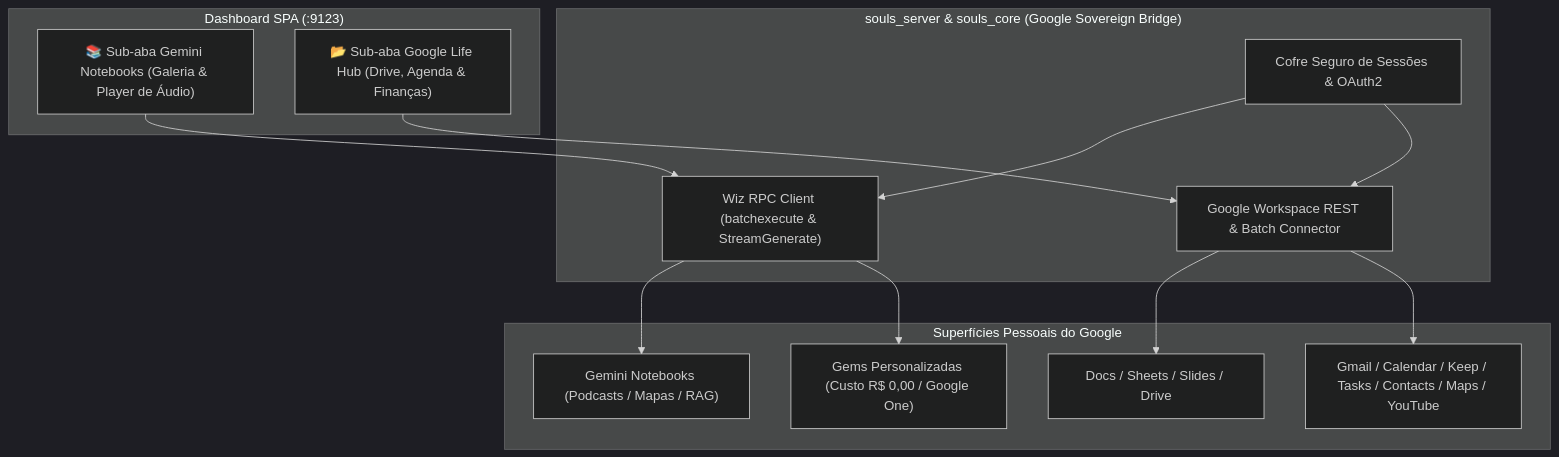
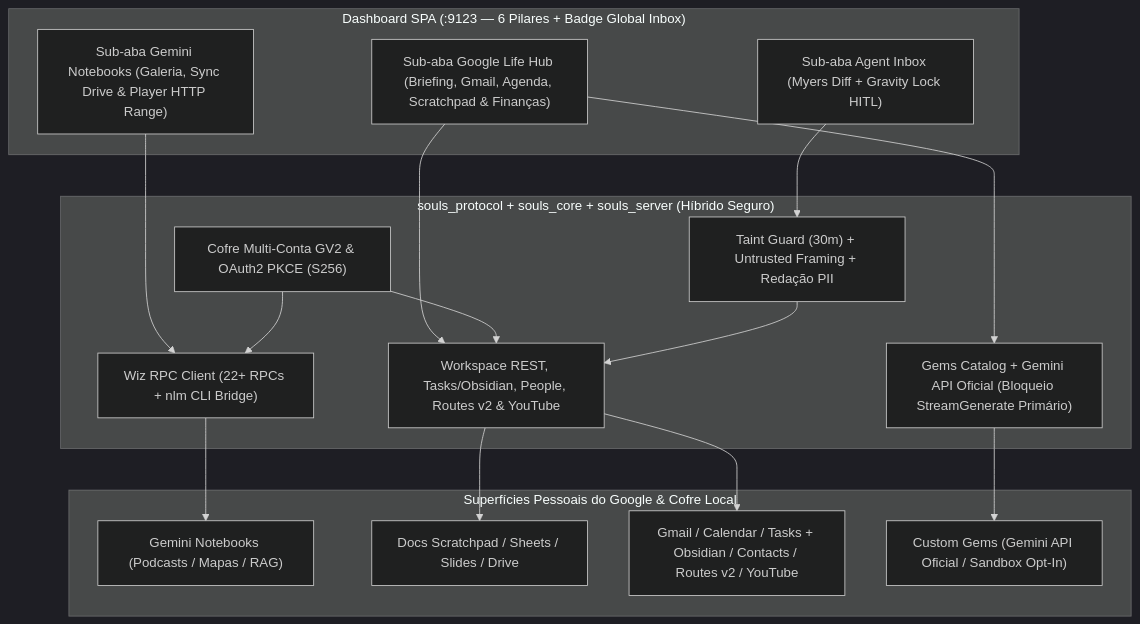
One commit to brunosrosa/souls_engine changed the second of 4 diagrams in docs/planning/roadmap/SOULS_ENGINE_ROADMAP_NEXT_DELIVERIES.md. Above: the diagram before and after it, drawn with Mermaid (dark theme). The commit also changed other lines of this file and 3 other files, not shown here.

Commit message:
docs(v0.9.2): add ADR-030, google-life-hub skill and update MCP contracts and roadmap

````diff
--- a/docs/planning/roadmap/SOULS_ENGINE_ROADMAP_NEXT_DELIVERIES.md
+++ b/docs/planning/roadmap/SOULS_ENGINE_ROADMAP_NEXT_DELIVERIES.md
@@ -402,29 +404,35 @@
 ```mermaid
 flowchart TD
-    subgraph DashboardSPA ["Dashboard SPA (:9123)"]
-        UI_Notebooks["📚 Sub-aba Gemini Notebooks (Galeria & Player de Áudio)"]
-        UI_Workspace["📂 Sub-aba Google Life Hub (Drive, Agenda & Finanças)"]
+    subgraph DashboardSPA ["Dashboard SPA (:9123 — 6 Pilares + Badge Global Inbox)"]
+        UI_Notebooks["Sub-aba Gemini Notebooks (Galeria, Sync Drive & Player HTTP Range)"]
+        UI_Workspace["Sub-aba Google Life Hub (Briefing, Gmail, Agenda, Scratchpad & Finanças)"]
+        UI_Inbox["Sub-aba Agent Inbox (Myers Diff + Gravity Lock HITL)"]
     end
 
-    subgraph SoulsGoogleEngine ["souls_server & souls_core (Google Sovereign Bridge)"]
-        Vault["Cofre Seguro de Sessões & OAuth2"]
-        WizClient["Wiz RPC Client (batchexecute & StreamGenerate)"]
-        WorkClient["Google Workspace REST & Batch Connector"]
+    subgraph SoulsGoogleEngine ["souls_protocol + souls_core + souls_server (Híbrido Seguro)"]
+        Vault["Cofre Multi-Conta GV2 & OAuth2 PKCE (S256)"]
+        BmadSec["Taint Guard (30m) + Untrusted Framing + Redação PII"]
+        WizClient["Wiz RPC Client (22+ RPCs + nlm CLI Bridge)"]
+        WorkClient["Workspace REST, Tasks/Obsidian, People, Routes v2 & YouTube"]
+        GemsClient["Gems Catalog + Gemini API Oficial (Bloqueio StreamGenerate Primário)"]
     end
 
-    subgraph GoogleServices ["Superfícies Pessoais do Google"]
+    subgraph GoogleServices ["Superfícies Pessoais do Google & Cofre Local"]
         G_NLM["Gemini Notebooks (Podcasts / Mapas / RAG)"]
-        G_Work["Docs / Sheets / Slides / Drive"]
-        G_Life["Gmail / Calendar / Keep / Tasks / Contacts / Maps / YouTube"]
-        G_Gems["Gems Personalizadas (Custo R$ 0,00 / Google One)"]
+        G_Work["Docs Scratchpad / Sheets / Slides / Drive"]
+        G_Life["Gmail / Calendar / Tasks + Obsidian / Contacts / Routes v2 / YouTube"]
+        G_Gems["Custom Gems (Gemini API Oficial / Sandbox Opt-In)"]
     end
 
     UI_Notebooks --> WizClient
     UI_Workspace --> WorkClient
+    UI_Workspace --> GemsClient
+    UI_Inbox --> BmadSec
     Vault --> WizClient
     Vault --> WorkClient
+    BmadSec --> WorkClient
     WizClient --> G_NLM
-    WizClient --> G_Gems
+    GemsClient --> G_Gems
     WorkClient --> G_Work
     WorkClient --> G_Life
 ```
````
